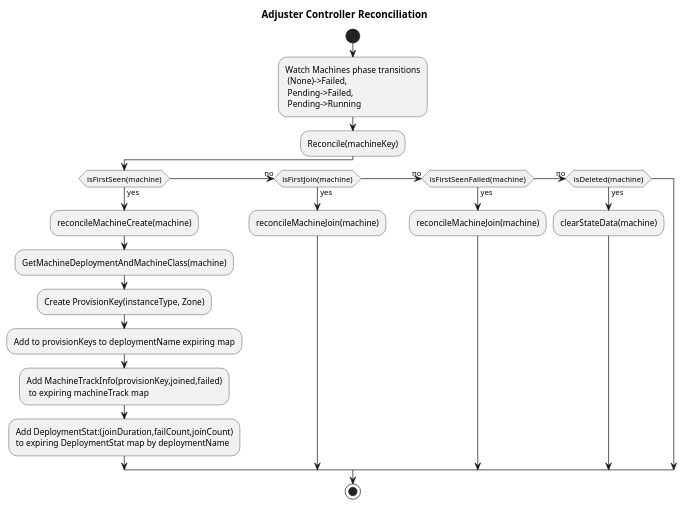
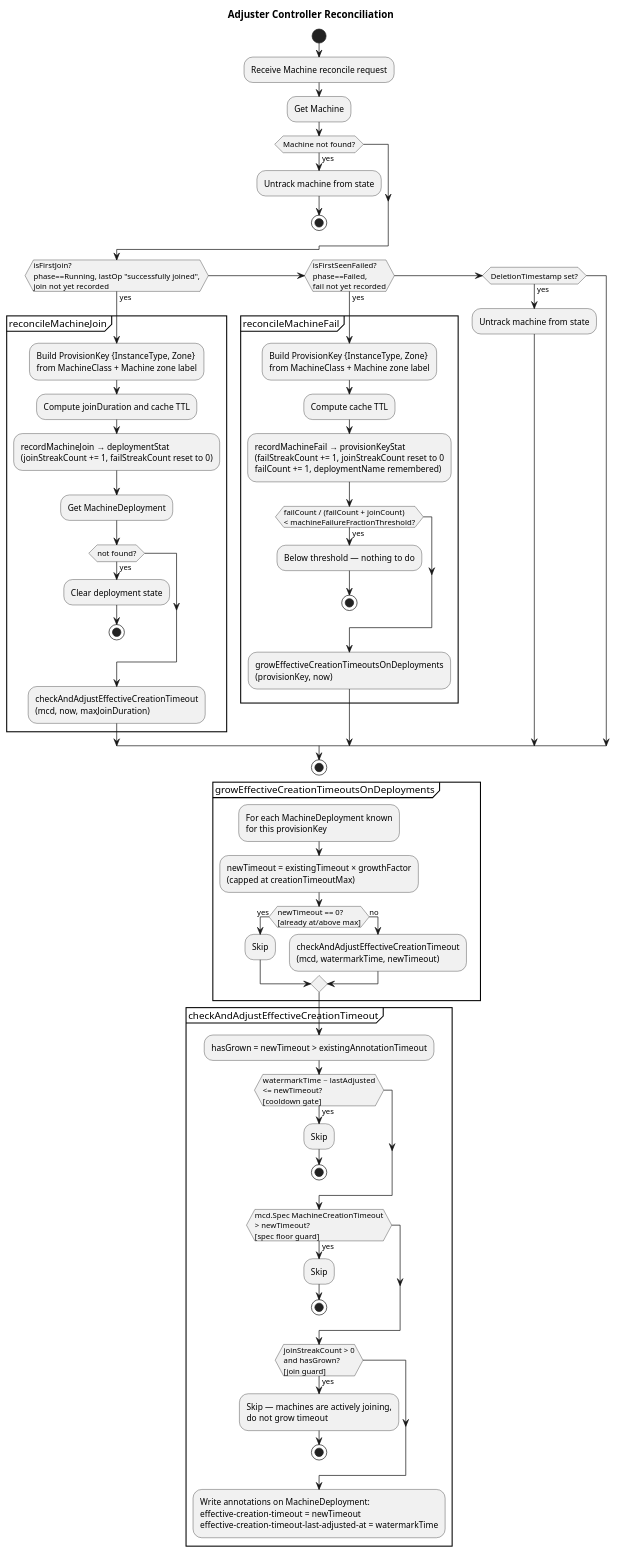
Before and after one commit to gardener/dependency-watchdog: the diagram in docs/concepts/content/adjuster-controller-reconcile.puml, drawn with PlantUML. The commit also changed 10 other files, not shown here.

```diff
--- a/docs/concepts/content/adjuster-controller-reconcile.puml
+++ b/docs/concepts/content/adjuster-controller-reconcile.puml
@@ -1,37 +1,78 @@
 @startuml
-start
 title Adjuster Controller Reconciliation
 
-:Watch Machines phase transitions
- (None)->Failed,
- Pending->Failed,
- Pending->Running;
-:Reconcile(machineKey);
-if (isFirstSeen(machine)) then (yes)
-    :reconcileMachineCreate(machine);
-    :GetMachineDeploymentAndMachineClass(machine);
-    :Create ProvisionKey(instanceType, Zone);
-    :Add to provisionKeys to deploymentName expiring map;
-    :Add MachineTrackInfo(provisionKey,joined,failed)
-     to expiring machineTrack map;
-    :Add DeploymentStat:(joinDuration,failCount,joinCount)
-    to expiring DeploymentStat map by deploymentName;
-(no) elseif (isFirstJoin(machine)) then (yes)
-    :reconcileMachineJoin(machine);
-(no) elseif (isFirstSeenFailed(machine)) then (yes)
-    :reconcileMachineJoin(machine);
-(no) elseif (isDeleted(machine)) then (yes)
-    :clearStateData(machine);
+start
+
+:Receive Machine reconcile request;
+:Get Machine;
+
+if (Machine not found?) then (yes)
+  :Untrack machine from state;
+  stop
 endif
 
+if (isFirstJoin?\nphase==Running, lastOp "successfully joined",\njoin not yet recorded) then (yes)
 
-'if (Graphviz installed?) then (yes)
-'  :process all\ndiagrams;
-'else (no)
-'  :process only
-'  __sequence__ and __activity__ diagrams;
-'endif
+  partition "reconcileMachineJoin" {
+    :Build ProvisionKey {InstanceType, Zone}\nfrom MachineClass + Machine zone label;
+    :Compute joinDuration and cache TTL;
+    :recordMachineJoin → deploymentStat\n(joinStreakCount += 1, failStreakCount reset to 0);
+    :Get MachineDeployment;
+    if (not found?) then (yes)
+      :Clear deployment state;
+      stop
+    endif
+    :checkAndAdjustEffectiveCreationTimeout\n(mcd, now, maxJoinDuration);
+  }
+
+elseif (isFirstSeenFailed?\nphase==Failed,\nfail not yet recorded) then (yes)
+
+  partition "reconcileMachineFail" {
+    :Build ProvisionKey {InstanceType, Zone}\nfrom MachineClass + Machine zone label;
+    :Compute cache TTL;
+    :recordMachineFail → provisionKeyStat\n(failStreakCount += 1, joinStreakCount reset to 0\nfailCount += 1, deploymentName remembered);
+    if (failCount / (failCount + joinCount)\n< machineFailureFractionThreshold?) then (yes)
+      :Below threshold — nothing to do;
+      stop
+    endif
+    :growEffectiveCreationTimeoutsOnDeployments\n(provisionKey, now);
+  }
+
+elseif (DeletionTimestamp set?) then (yes)
+  :Untrack machine from state;
+endif
 
 stop
 
+partition "growEffectiveCreationTimeoutsOnDeployments" {
+  :For each MachineDeployment known\nfor this provisionKey;
+  :newTimeout = existingTimeout × growthFactor\n(capped at creationTimeoutMax);
+  if (newTimeout == 0?\n[already at/above max]) then (yes)
+    :Skip;
+  else (no)
+    :checkAndAdjustEffectiveCreationTimeout\n(mcd, watermarkTime, newTimeout);
+  endif
+}
+
+partition "checkAndAdjustEffectiveCreationTimeout" {
+  :hasGrown = newTimeout > existingAnnotationTimeout;
+
+  if (watermarkTime − lastAdjusted\n<= newTimeout?\n[cooldown gate]) then (yes)
+    :Skip;
+    stop
+  endif
+
+  if (mcd.Spec MachineCreationTimeout\n> newTimeout?\n[spec floor guard]) then (yes)
+    :Skip;
+    stop
+  endif
+
+  if (joinStreakCount > 0\nand hasGrown?\n[join guard]) then (yes)
+    :Skip — machines are actively joining,\ndo not grow timeout;
+    stop
+  endif
+
+  :Write annotations on MachineDeployment:\neffective-creation-timeout = newTimeout\neffective-creation-timeout-last-adjusted-at = watermarkTime;
+}
+
 @enduml
```
